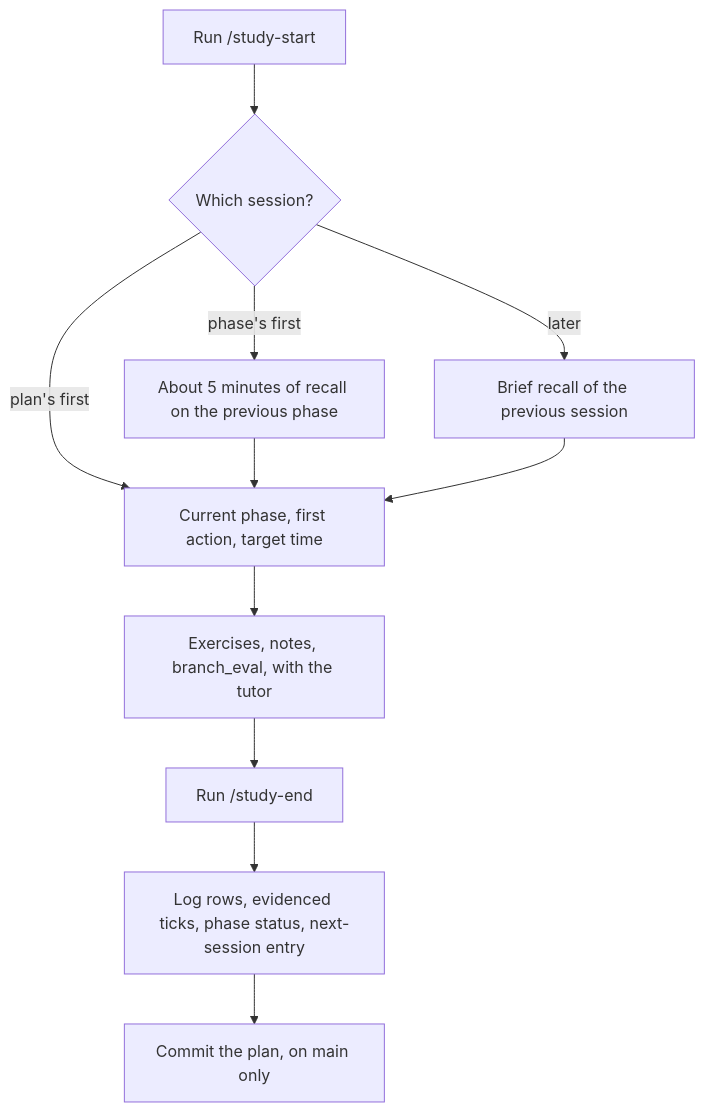
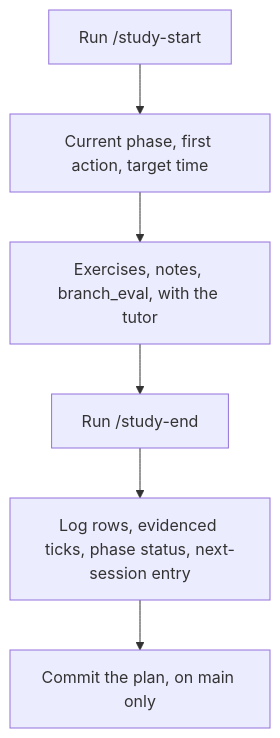
The diagram in specs/architecture.md (eliveikis/study-ai-agents), drawn with Mermaid before and after one commit. The commit also changed 3 other files, not shown here.

First line of the commit message:
Remove recall from study sessions

````diff
--- a/specs/architecture.md
+++ b/specs/architecture.md
@@ -72,13 +72,8 @@
 ```mermaid
 flowchart TD
-    start["Run /study-start"] --> first{"Which session?"}
-    first -- "plan's first" --> next
-    first -- "phase's first" --> phaseRecall["About 5 minutes of recall on the previous phase"]
-    first -- "later" --> briefRecall["Brief recall of the previous session"]
-    phaseRecall --> next["Current phase, first action, target time"]
-    briefRecall --> next
+    start["Run /study-start"] --> next["Current phase, first action, target time"]
     next --> work["Exercises, notes, branch_eval, with the tutor"]
     work --> finish["Run /study-end"]
     finish --> log["Log rows, evidenced ticks, phase status, next-session entry"]
     log --> commit["Commit the plan, on main only"]
 ```
````
